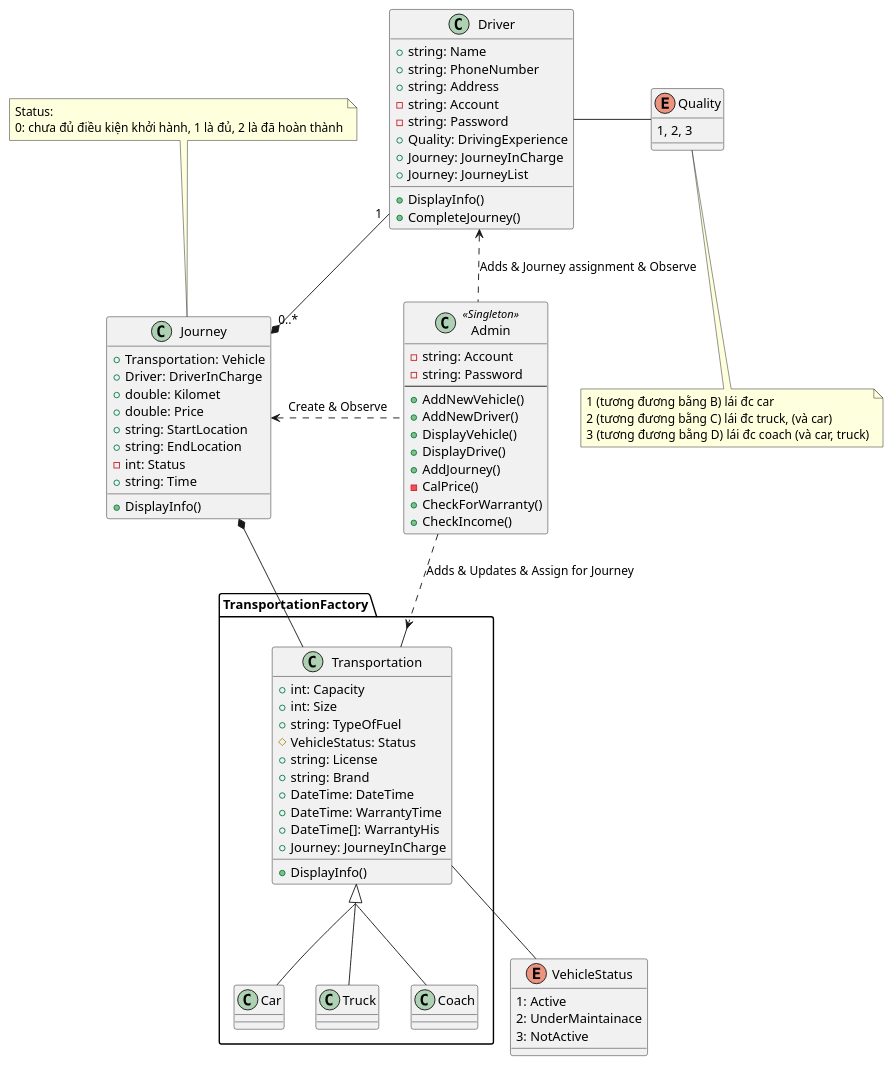
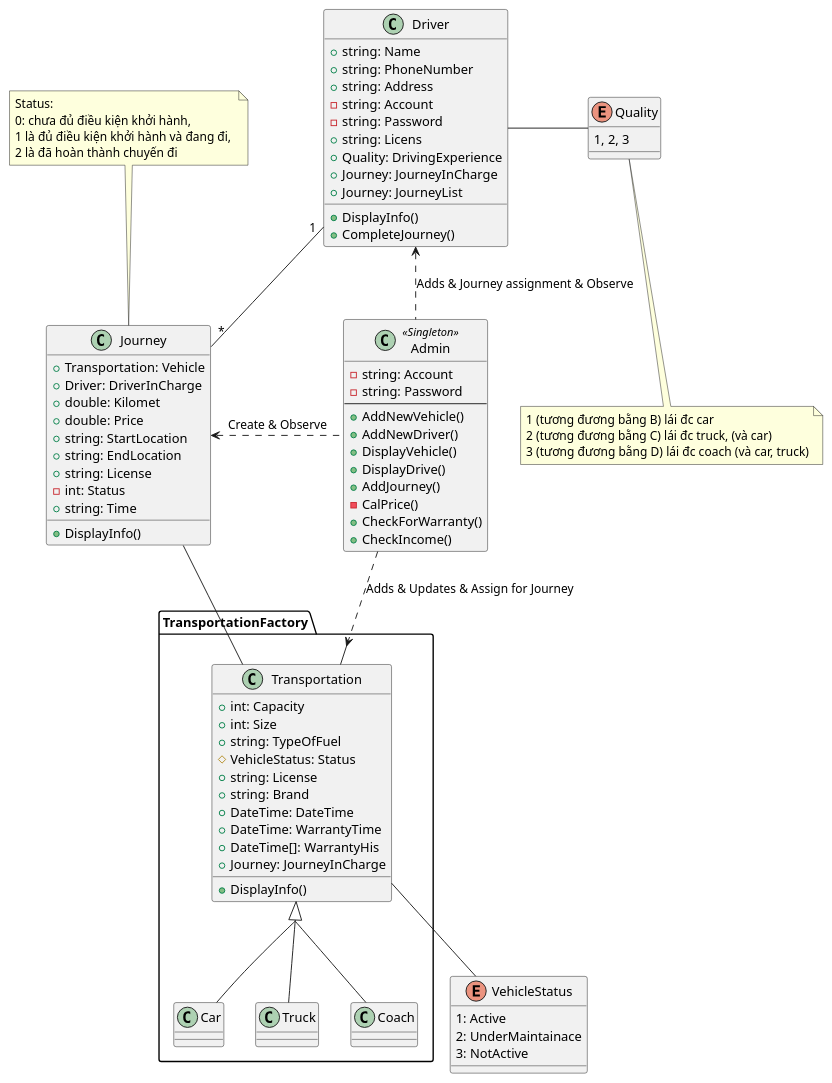
The diagram in Diagram/BTL-LTNC.plantuml (SirGreen/BTL-LTNC), drawn with PlantUML before and after one commit. The commit also changed 2 other files, not shown here.

Commit message:
update diagram

```diff
--- a/Diagram/BTL-LTNC.plantuml
+++ b/Diagram/BTL-LTNC.plantuml
@@ -1,99 +1,103 @@
 @startuml quan_ly_xe
 skinparam groupInheritance 3
 
 package TransportationFactory <<Folder>>{
 
     class Transportation{
         + int: Capacity
         + int: Size
         + string: TypeOfFuel
         # VehicleStatus: Status
         + string: License
         + string: Brand
         + DateTime: DateTime
         + DateTime: WarrantyTime
         + DateTime[]: WarrantyHis
         + Journey: JourneyInCharge
         + DisplayInfo()
     }
 
     class Car{
     }
 
     class Truck{
     }
 
     class Coach {
     }
 }
 
 enum VehicleStatus{
     1: Active
     2: UnderMaintainace
     3: NotActive
 }
 class Driver{
     + string: Name
     + string: PhoneNumber
     + string: Address
     - string: Account
     - string: Password
+    + string: Licens
     + Quality: DrivingExperience
     + Journey: JourneyInCharge
     + Journey: JourneyList
     + DisplayInfo()
     + CompleteJourney() 
 }
 
 class Journey{
     + Transportation: Vehicle
     + Driver: DriverInCharge
     + double: Kilomet
     + double: Price
     + string: StartLocation
     + string: EndLocation
+    + string: License
     - int: Status
     + string: Time
     + DisplayInfo()
 }
 
 note top of Journey
 Status:
-0: chưa đủ điều kiện khởi hành, 1 là đủ, 2 là đã hoàn thành
+0: chưa đủ điều kiện khởi hành, 
+1 là đủ điều kiện khởi hành và đang đi, 
+2 là đã hoàn thành chuyến đi
 end note
 
 class Admin <<Singleton>>{
     - string: Account
     - string: Password
     --
     + AddNewVehicle()
     + AddNewDriver()
     + DisplayVehicle()
     + DisplayDrive()
     + AddJourney()
     - CalPrice()
     + CheckForWarranty()
     + CheckIncome()
 }
 
 enum Quality{
     1, 2, 3
 }
 
 note bottom of Quality
 1 (tương đương bằng B) lái đc car 
 2 (tương đương bằng C) lái đc truck, (và car)
 3 (tương đương bằng D) lái đc coach (và car, truck)
 end note
 
 Transportation <|-- Truck
 Transportation <|-- Car
 Transportation <|-- Coach
 Driver -right- Quality
-Driver "1"-down-* "0..*"Journey
+Driver "1"-down- "*"Journey
 VehicleStatus -up- Transportation
 Admin -down[dashed]-> Transportation: Adds & Updates & Assign for Journey
 Admin -left[dashed]-> Driver: Adds & Journey assignment & Observe
 Journey <-right[dashed]- Admin: Create & Observe
-Transportation -left-*Journey
+Transportation -left- Journey
 @enduml
```
